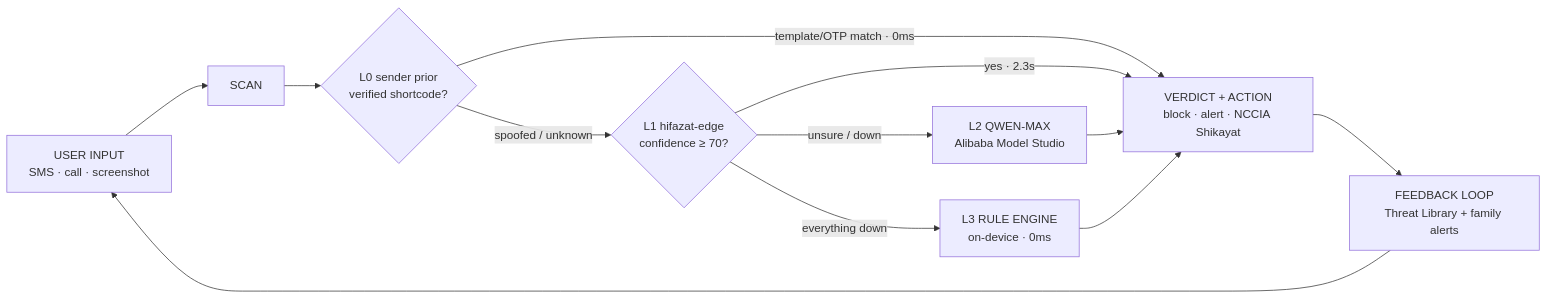
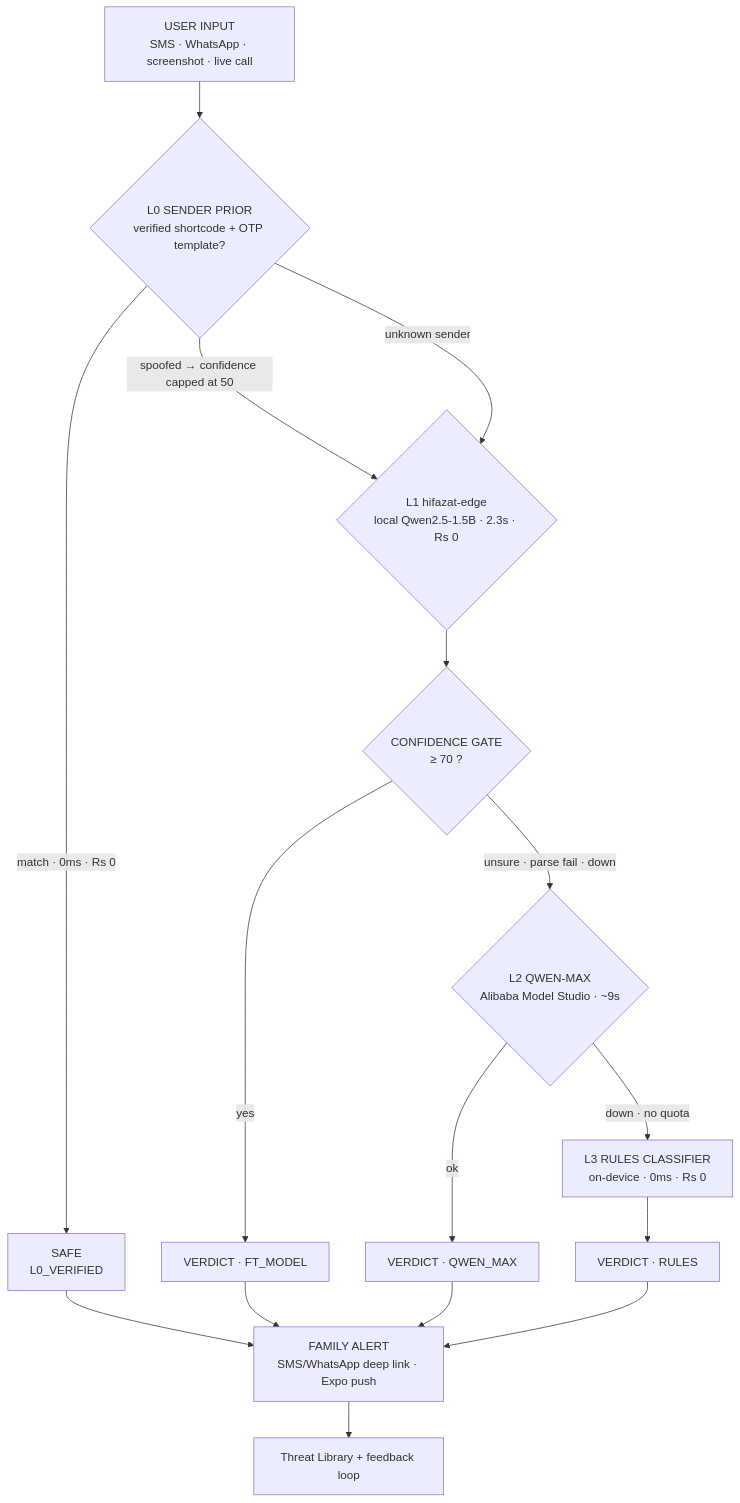
Before and after one commit to cyberNoman/Safe-Pakistan: the diagram in README.md, drawn with Mermaid. The commit also changed other lines of this file and 6 other files, not shown here.

````diff
--- a/README.md
+++ b/README.md
@@ -62,14 +65,18 @@
 ```mermaid
-flowchart LR
-  A["USER INPUT<br/>SMS · call · screenshot"] --> B["SCAN"]
-  B --> L0{"L0 sender prior<br/>verified shortcode?"}
-  L0 -- "template/OTP match · 0ms" --> V
-  L0 -- "spoofed / unknown" --> C{"L1 hifazat-edge<br/>confidence ≥ 70?"}
-  C -- "yes · 2.3s" --> V["VERDICT + ACTION<br/>block · alert · NCCIA Shikayat"]
-  C -- "unsure / down" --> D["L2 QWEN-MAX<br/>Alibaba Model Studio"]
-  D --> V
-  C -- "everything down" --> E["L3 RULE ENGINE<br/>on-device · 0ms"]
-  E --> V
-  V --> F["FEEDBACK LOOP<br/>Threat Library + family alerts"]
-  F --> A
+flowchart TD
+  A["USER INPUT<br/>SMS · WhatsApp · screenshot · live call"] --> L0{"L0 SENDER PRIOR<br/>verified shortcode + OTP template?"}
+  L0 -- "match · 0ms · Rs 0" --> V0["SAFE<br/>L0_VERIFIED"]
+  L0 -- "spoofed → confidence capped at 50" --> L1
+  L0 -- "unknown sender" --> L1{"L1 hifazat-edge<br/>local Qwen2.5-1.5B · 2.3s · Rs 0"}
+  L1 --> G{"CONFIDENCE GATE<br/>≥ 70 ?"}
+  G -- "yes" --> V1["VERDICT · FT_MODEL"]
+  G -- "unsure · parse fail · down" --> L2{"L2 QWEN-MAX<br/>Alibaba Model Studio · ~9s"}
+  L2 -- "ok" --> V2["VERDICT · QWEN_MAX"]
+  L2 -- "down · no quota" --> L3["L3 RULES CLASSIFIER<br/>on-device · 0ms · Rs 0"]
+  L3 --> V3["VERDICT · RULES"]
+  V0 --> F["FAMILY ALERT<br/>SMS/WhatsApp deep link · Expo push"]
+  V1 --> F
+  V2 --> F
+  V3 --> F
+  F --> T["Threat Library + feedback loop"]
 ```
````
